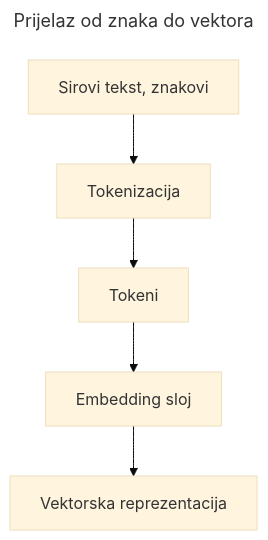
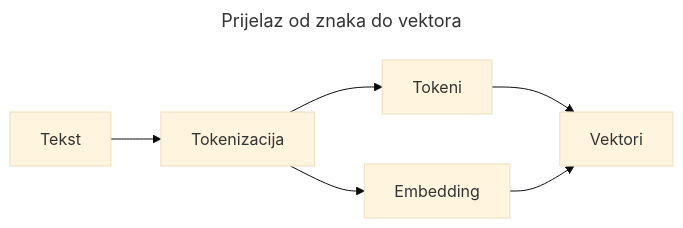
One commit to bperak/komunikacija_u_doba_ai changed the diagram in docs/diagrams/ch03_znak_vektor.mmd. Above: the diagram before and after it, drawn with Mermaid (base theme). The commit also changed 1008 other files, not shown here.

Commit message:
Finalize book layout, diagrams, and manuscript cleanup

```diff
--- a/docs/diagrams/ch03_znak_vektor.mmd
+++ b/docs/diagrams/ch03_znak_vektor.mmd
@@ -1,8 +1,9 @@
 ---
 title: Prijelaz od znaka do vektora
 ---
-flowchart TD
-A[Sirovi tekst, znakovi] --> B[Tokenizacija]
+flowchart LR
+A[Tekst] --> B[Tokenizacija]
 B --> C[Tokeni]
-C --> D[Embedding sloj]
-D --> E[Vektorska reprezentacija]
+B --> D[Embedding]
+C --> E[Vektori]
+D --> E
```
